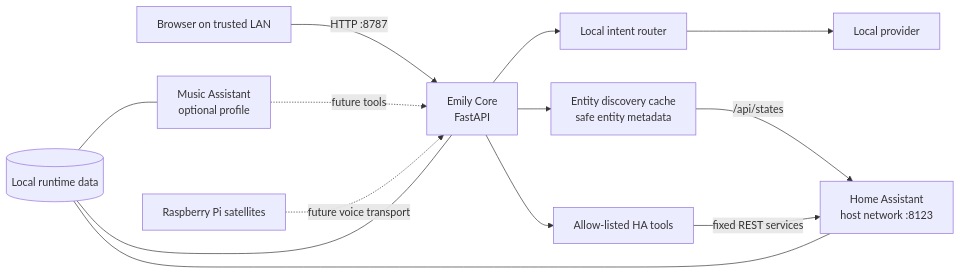
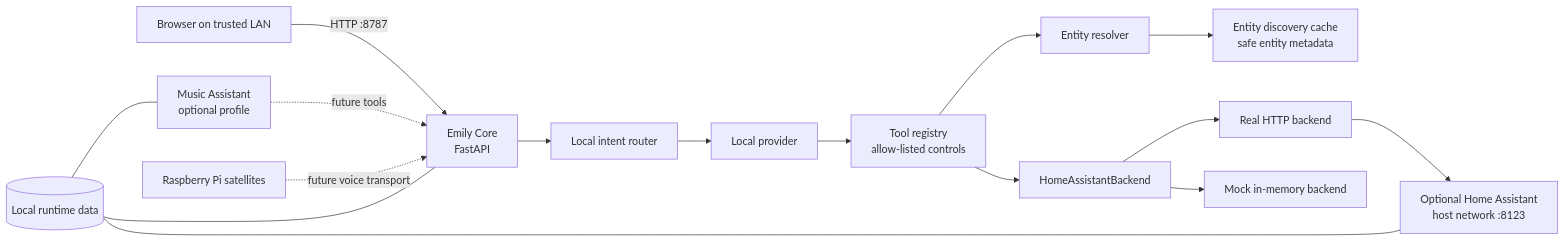
The diagram in README.md (AmirIqbal1/emily-assistant), drawn with Mermaid before and after one commit. The commit also changed other lines of this file and 20 other files, not shown here.

Commit message:
feat: add Home Assistant integration and device tools

````diff
--- a/README.md
+++ b/README.md
@@ -12,15 +12,18 @@
 ```mermaid
 flowchart LR
     Browser[Browser on trusted LAN] -->|HTTP :8787| Core[Emily Core<br/>FastAPI]
     Core --> Router[Local intent router]
     Router --> Provider[Local provider]
-    Core --> Discovery[Entity discovery cache<br/>safe entity metadata]
-    Core --> Tools[Allow-listed HA tools]
-    Discovery -->|/api/states| HA[Home Assistant<br/>host network :8123]
-    Tools -->|fixed REST services| HA
+    Provider --> Tools[Tool registry<br/>allow-listed controls]
+    Tools --> Resolver[Entity resolver]
+    Resolver --> Discovery[Entity discovery cache<br/>safe entity metadata]
+    Tools --> Backend[HomeAssistantBackend]
+    Backend --> Real[Real HTTP backend]
+    Backend --> Mock[Mock in-memory backend]
+    Real --> HA[Optional Home Assistant<br/>host network :8123]
     MA[Music Assistant<br/>optional profile] -. future tools .-> Core
     Satellites[Raspberry Pi satellites] -. future voice transport .-> Core
     Runtime[(Local runtime data)] --- Core
     Runtime --- HA
     Runtime --- MA
 ```
````
